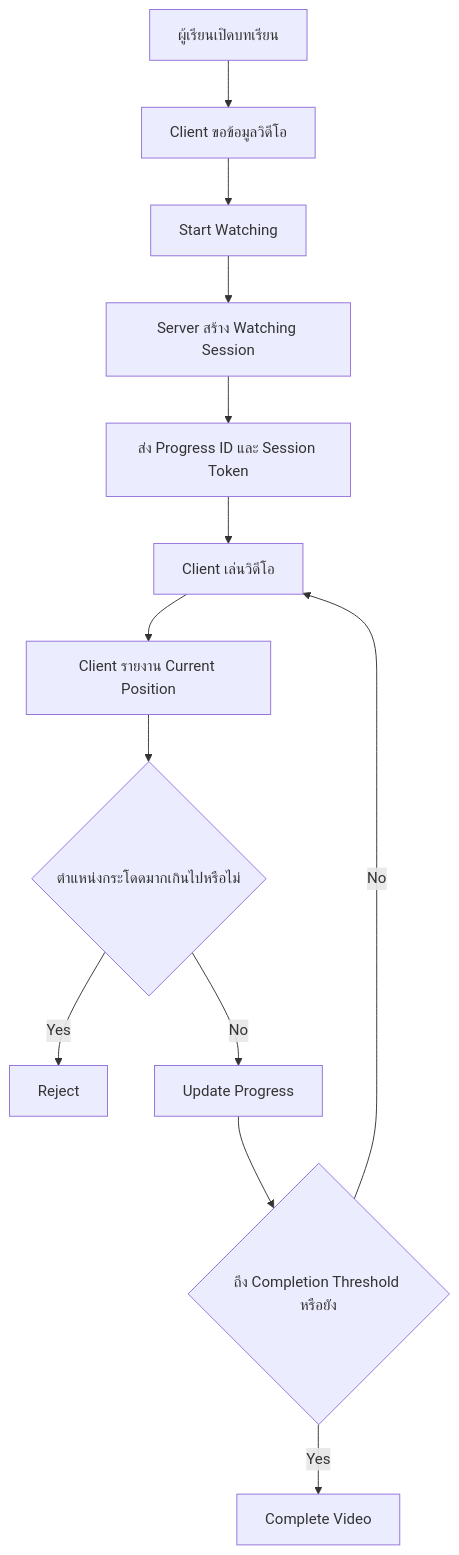
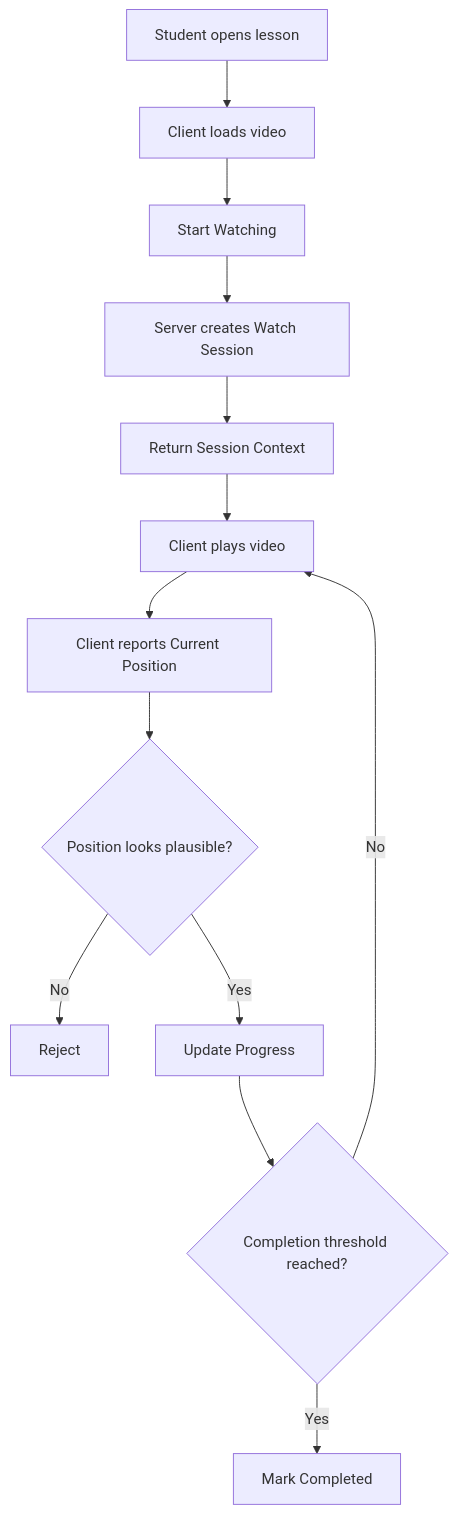
Before and after one commit to ntdotjsx/ovec-bypass: the third of 5 diagrams in README.md, drawn with Mermaid. The commit also changed other lines of this file, not shown here.

````diff
--- a/README.md
+++ b/README.md
@@ -501,28 +406,28 @@
 ```mermaid
 flowchart TD
 
-    A[ผู้เรียนเปิดบทเรียน]
-    --> B[Client ขอข้อมูลวิดีโอ]
+    A[Student opens lesson]
+    --> B[Client loads video]
 
     B --> C[Start Watching]
 
-    C --> D[Server สร้าง Watching Session]
+    C --> D[Server creates Watch Session]
 
-    D --> E[ส่ง Progress ID และ Session Token]
+    D --> E[Return Session Context]
 
-    E --> F[Client เล่นวิดีโอ]
+    E --> F[Client plays video]
 
-    F --> G[Client รายงาน Current Position]
+    F --> G[Client reports Current Position]
 
-    G --> H{ตำแหน่งกระโดดมากเกินไปหรือไม่}
+    G --> H{Position looks plausible?}
 
-    H -- Yes --> I[Reject]
+    H -- No --> I[Reject]
 
-    H -- No --> J[Update Progress]
+    H -- Yes --> J[Update Progress]
 
-    J --> K{ถึง Completion Threshold หรือยัง}
+    J --> K{Completion threshold reached?}
 
     K -- No --> F
 
-    K -- Yes --> L[Complete Video]
+    K -- Yes --> L[Mark Completed]
 ```
````
